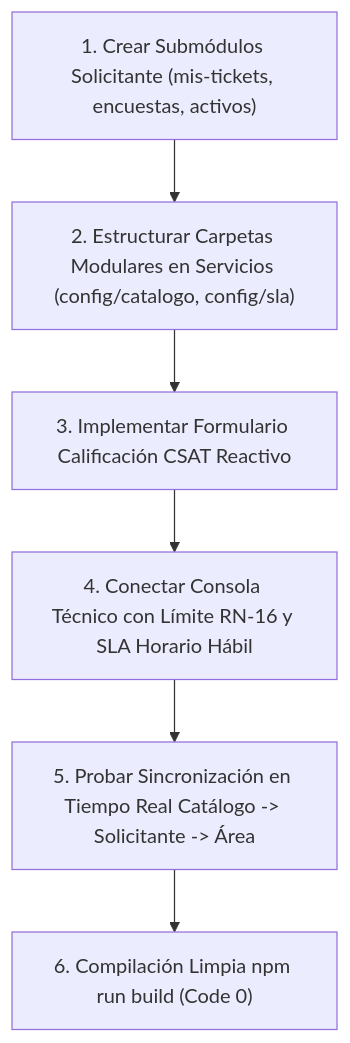
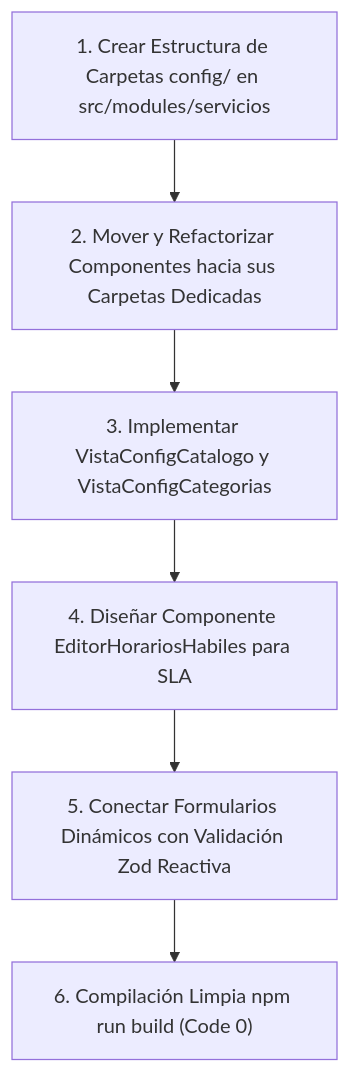
Before and after one commit to Azure-2312/FlowDesk-Software-ITSM: the diagram in DOCUMENTACIÓN/ASIGNACION_LOURDES.md, drawn with Mermaid. The commit also changed other lines of this file and 4 other files, not shown here.

````diff
--- a/DOCUMENTACIÓN/ASIGNACION_LOURDES.md
+++ b/DOCUMENTACIÓN/ASIGNACION_LOURDES.md
@@ -148,8 +104,8 @@
 ```mermaid
 flowchart TD
-    A["1. Crear Submódulos Solicitante (mis-tickets, encuestas, activos)"] --> B["2. Estructurar Carpetas Modulares en Servicios (config/catalogo, config/sla)"]
-    B --> C["3. Implementar Formulario Calificación CSAT Reactivo"]
-    C --> D["4. Conectar Consola Técnico con Límite RN-16 y SLA Horario Hábil"]
-    D --> E["5. Probar Sincronización en Tiempo Real Catálogo -> Solicitante -> Área"]
+    A["1. Crear Estructura de Carpetas config/ en src/modules/servicios"] --> B["2. Mover y Refactorizar Componentes hacia sus Carpetas Dedicadas"]
+    B --> C["3. Implementar VistaConfigCatalogo y VistaConfigCategorias"]
+    C --> D["4. Diseñar Componente EditorHorariosHabiles para SLA"]
+    D --> E["5. Conectar Formularios Dinámicos con Validación Zod Reactiva"]
     E --> F["6. Compilación Limpia npm run build (Code 0)"]
 ```
````
